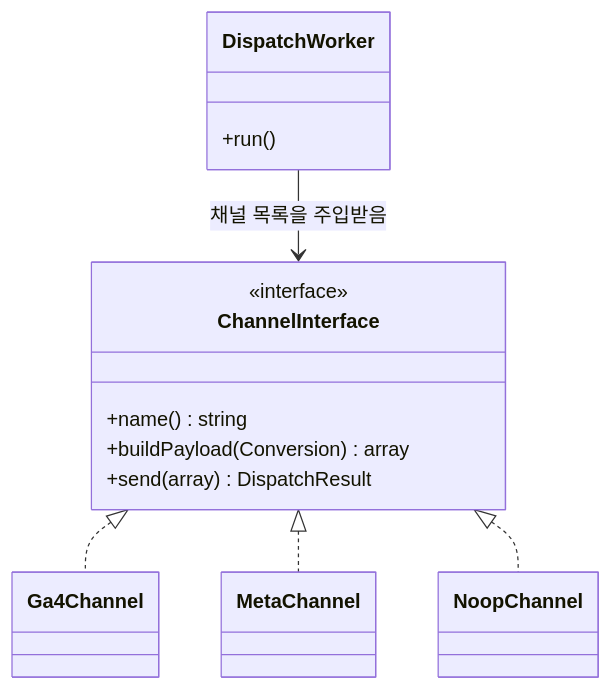
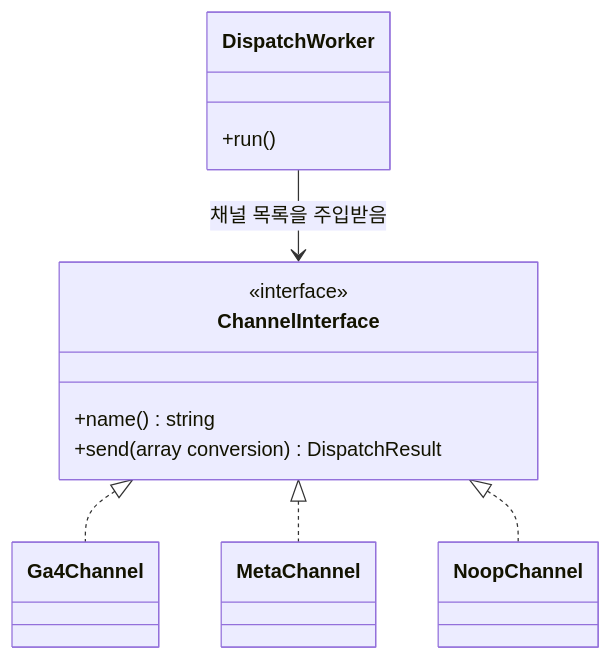
Before and after one commit to http1220/touchpoint: the fifth of 5 diagrams in docs/architecture.md, drawn with Mermaid. The commit also changed other lines of this file and 9 other files, not shown here.

````diff
--- a/docs/architecture.md
+++ b/docs/architecture.md
@@ -158,16 +158,15 @@
 ```mermaid
 classDiagram
     class ChannelInterface {
         <<interface>>
         +name() string
-        +buildPayload(Conversion) array
-        +send(array) DispatchResult
+        +send(array conversion) DispatchResult
     }
     ChannelInterface <|.. Ga4Channel
     ChannelInterface <|.. MetaChannel
     ChannelInterface <|.. NoopChannel
     class DispatchWorker {
         +run()
     }
     DispatchWorker --> ChannelInterface : 채널 목록을 주입받음
 ```
````
